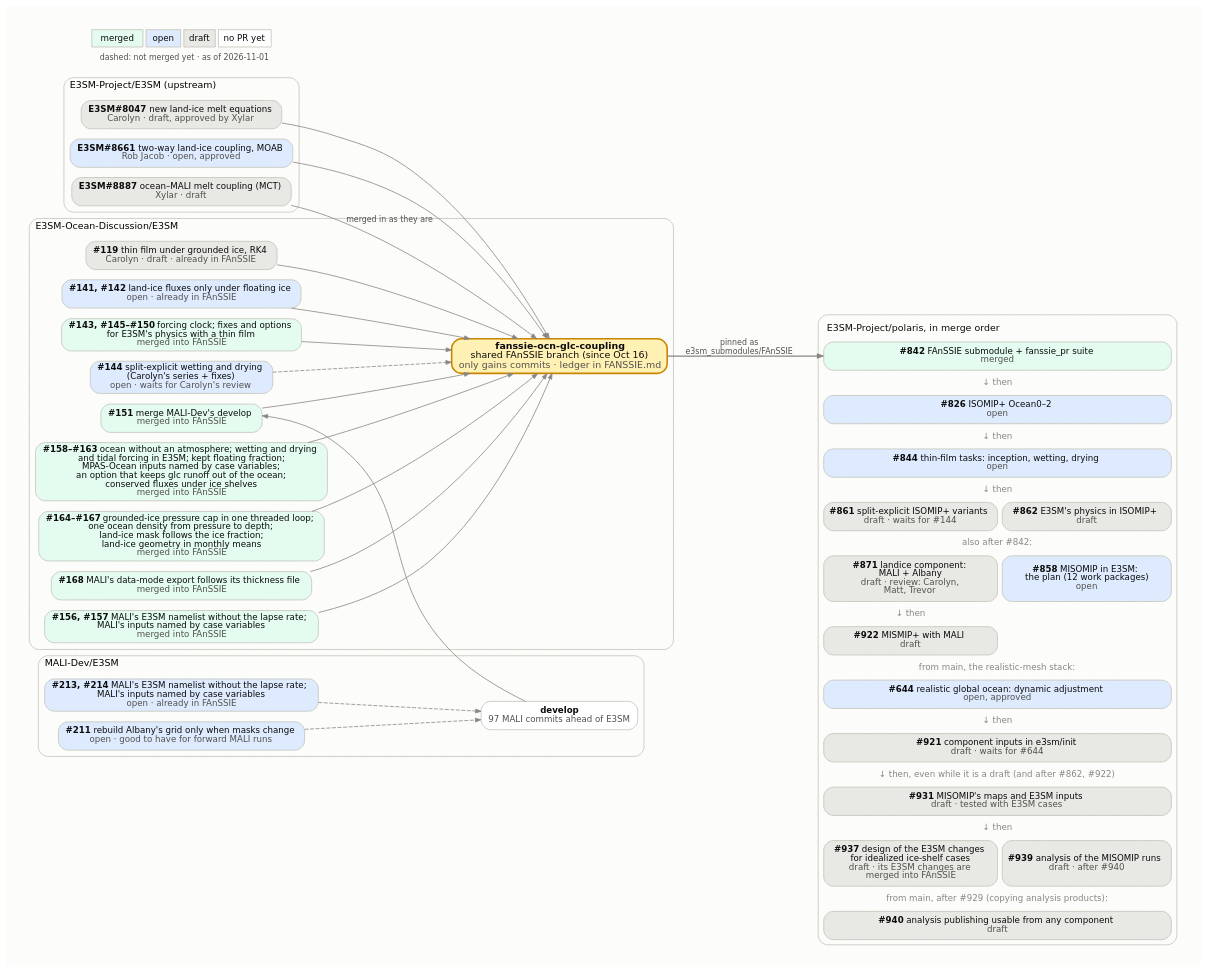
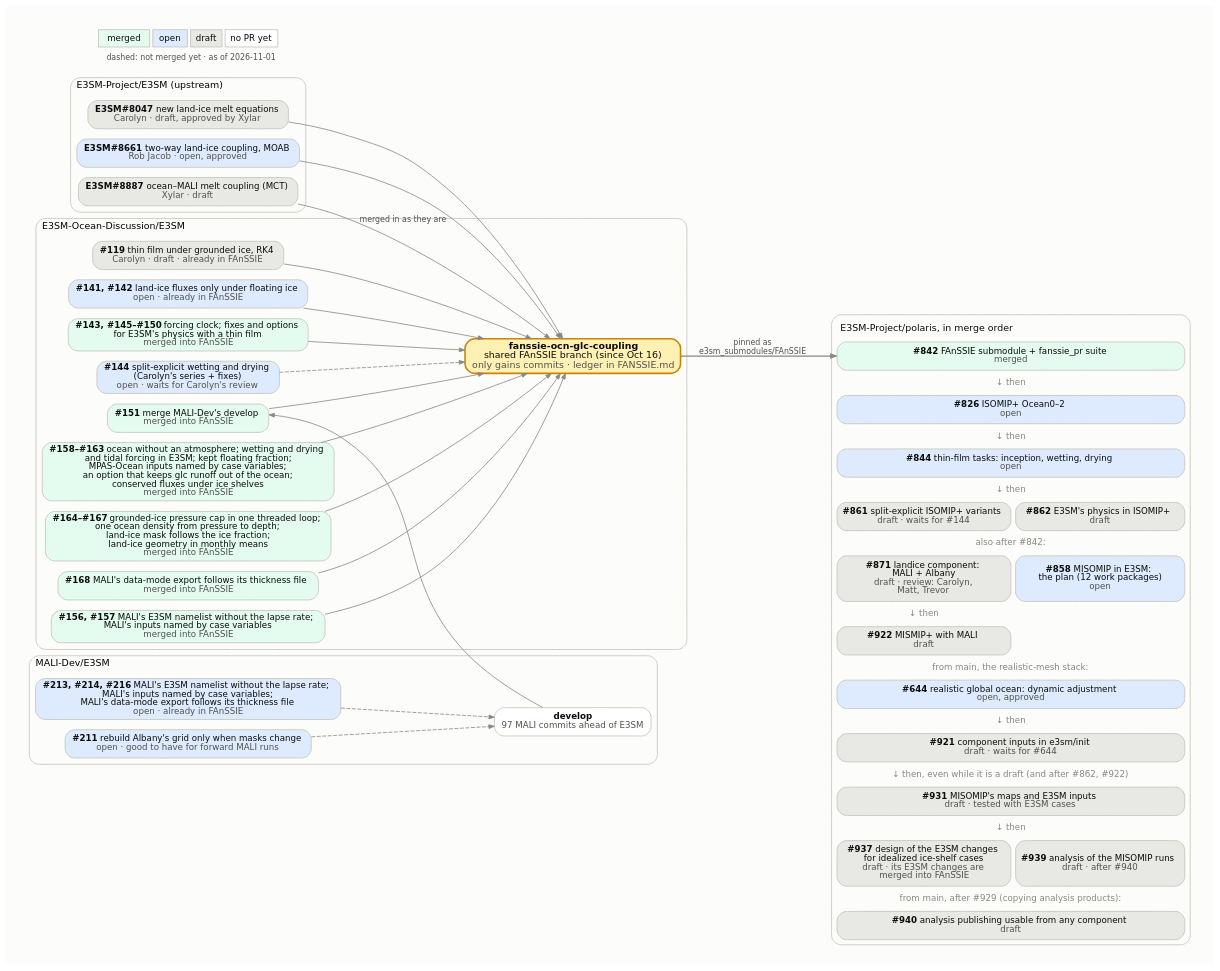
One commit to E3SM-Project/polaris changed the diagram in docs/design_docs/misomip/code_flow.dot. Above: the diagram before and after it, drawn with Graphviz. The commit also changed 1 other file, not shown here.

Commit message:
Show the upstream MALI data-mode pull request in the MISOMIP figures

```diff
--- a/docs/design_docs/misomip/code_flow.dot
+++ b/docs/design_docs/misomip/code_flow.dot
@@ -1,109 +1,109 @@
 // How the upstream E3SM PRs, the E3SM-Ocean-Discussion PRs, the
 // fanssie-ocn-glc-coupling branch and the Polaris PRs fit together.
 //
 // Regenerate with Graphviz 14 (Chrysalis's /usr/bin/dot 2.40 lays it out
 // wider), with the text drawn as paths so it looks the same everywhere:
 //
 //     pixi exec -s graphviz dot -Tsvg:cairo code_flow.dot -o code_flow.svg
 //
 // Fill by state: merged #e3fcef, open #deebff, draft #e8e8e4, no PR yet
 // #ffffff. Dashed edges into the FAnSSIE branch mark PRs not merged into it
 // yet. The Polaris side is one HTML-table node, in merge order, because
 // Graphviz would not keep separate boxes in that order. Update the date in
 // the legend.
 digraph fanssie {
   rankdir=LR;
   bgcolor="#fcfcfb";
   pad=0.3;
   nodesep=0.18;
   ranksep=0.7;
   fontname="DejaVu Sans";
   node [shape=box, style="rounded,filled", fontname="DejaVu Sans",
         fontsize=11, color="#c3c2b7", fontcolor="#0b0b0b", penwidth=1,
         margin="0.12,0.06"];
   edge [color="#898781", arrowsize=0.7, fontname="DejaVu Sans",
         fontsize=10, fontcolor="#52514e"];
 
   subgraph cluster_upstream {
     label="E3SM-Project/E3SM (upstream)";
     labeljust=l; fontsize=12; color="#c3c2b7"; style="rounded";
     e8047 [label=<<b>E3SM#8047</b>  new land-ice melt equations<br/><font color="#52514e">Carolyn · draft, approved by Xylar</font>>, fillcolor="#e8e8e4"];
     e8661 [label=<<b>E3SM#8661</b>  two-way land-ice coupling, MOAB<br/><font color="#52514e">Rob Jacob · open, approved</font>>, fillcolor="#deebff"];
     e8887 [label=<<b>E3SM#8887</b>  ocean–MALI melt coupling (MCT)<br/><font color="#52514e">Xylar · draft</font>>, fillcolor="#e8e8e4"];
   }
 
   subgraph cluster_malidev {
     label="MALI-Dev/E3SM";
     labeljust=l; fontsize=12; color="#c3c2b7"; style="rounded";
     malidev [label=<<b>develop</b><br/><font color="#52514e">97 MALI commits ahead of E3SM</font>>, fillcolor="#ffffff"];
-    m213 [label=<<b>#213, #214</b>  MALI's E3SM namelist without the lapse rate;<br/>MALI's inputs named by case variables<br/><font color="#52514e">open · already in FAnSSIE</font>>, fillcolor="#deebff"];
+    m213 [label=<<b>#213, #214, #216</b>  MALI's E3SM namelist without the lapse rate;<br/>MALI's inputs named by case variables;<br/>MALI's data-mode export follows its thickness file<br/><font color="#52514e">open · already in FAnSSIE</font>>, fillcolor="#deebff"];
     m211 [label=<<b>#211</b>  rebuild Albany's grid only when masks change<br/><font color="#52514e">open · good to have for forward MALI runs</font>>, fillcolor="#deebff"];
   }
 
   subgraph cluster_eod {
     label="E3SM-Ocean-Discussion/E3SM";
     labeljust=l; fontsize=12; color="#c3c2b7"; style="rounded";
     d119 [label=<<b>#119</b>  thin film under grounded ice, RK4<br/><font color="#52514e">Carolyn · draft · already in FAnSSIE</font>>, fillcolor="#e8e8e4"];
     d141 [label=<<b>#141, #142</b>  land-ice fluxes only under floating ice<br/><font color="#52514e">open · already in FAnSSIE</font>>, fillcolor="#deebff"];
     d143 [label=<<b>#143, #145–#150</b>  forcing clock; fixes and options<br/>for E3SM's physics with a thin film<br/><font color="#52514e">merged into FAnSSIE</font>>, fillcolor="#e3fcef"];
     d144 [label=<<b>#144</b>  split-explicit wetting and drying<br/>(Carolyn's series + fixes)<br/><font color="#52514e">open · waits for Carolyn's review</font>>, fillcolor="#deebff"];
     d151 [label=<<b>#151</b>  merge MALI-Dev's develop<br/><font color="#52514e">merged into FAnSSIE</font>>, fillcolor="#e3fcef"];
     d158 [label=<<b>#158–#163</b>  ocean without an atmosphere; wetting and drying<br/>and tidal forcing in E3SM; kept floating fraction;<br/>MPAS-Ocean inputs named by case variables;<br/>an option that keeps glc runoff out of the ocean;<br/>conserved fluxes under ice shelves<br/><font color="#52514e">merged into FAnSSIE</font>>, fillcolor="#e3fcef"];
     d164 [label=<<b>#164–#167</b>  grounded-ice pressure cap in one threaded loop;<br/>one ocean density from pressure to depth;<br/>land-ice mask follows the ice fraction;<br/>land-ice geometry in monthly means<br/><font color="#52514e">merged into FAnSSIE</font>>, fillcolor="#e3fcef"];
     d168 [label=<<b>#168</b>  MALI's data-mode export follows its thickness file<br/><font color="#52514e">merged into FAnSSIE</font>>, fillcolor="#e3fcef"];
     d156 [label=<<b>#156, #157</b>  MALI's E3SM namelist without the lapse rate;<br/>MALI's inputs named by case variables<br/><font color="#52514e">merged into FAnSSIE</font>>, fillcolor="#e3fcef"];
     fanssie [label=<<b>fanssie-ocn-glc-coupling</b><br/>shared FAnSSIE branch (since Oct 16)<br/><font color="#52514e">only gains commits · ledger in FANSSIE.md</font>>,
              fillcolor="#fff0b3", penwidth=2, color="#c98500", fontsize=12];
   }
 
   polaris [shape=plaintext, style="", label=<
     <table border="1" color="#c3c2b7" style="rounded" cellborder="1" cellspacing="6" cellpadding="4" bgcolor="#fcfcfb">
       <tr><td border="0" colspan="2" align="left"><font point-size="12">E3SM-Project/polaris, in merge order</font></td></tr>
       <tr><td port="p842" bgcolor="#e3fcef" colspan="2" style="rounded" cellpadding="6"><b>#842</b>  FAnSSIE submodule + fanssie_pr suite<br/><font color="#52514e">merged</font></td></tr>
       <tr><td border="0" colspan="2"><font color="#898781">↓ then</font></td></tr>
       <tr><td port="p826" bgcolor="#deebff" colspan="2" style="rounded" cellpadding="6"><b>#826</b>  ISOMIP+ Ocean0–2<br/><font color="#52514e">open</font></td></tr>
       <tr><td border="0" colspan="2"><font color="#898781">↓ then</font></td></tr>
       <tr><td port="p844" bgcolor="#deebff" colspan="2" style="rounded" cellpadding="6"><b>#844</b>  thin-film tasks: inception, wetting, drying<br/><font color="#52514e">open</font></td></tr>
       <tr><td border="0" colspan="2"><font color="#898781">↓ then</font></td></tr>
       <tr><td port="p861" bgcolor="#e8e8e4" colspan="1" style="rounded" cellpadding="6"><b>#861</b>  split-explicit ISOMIP+ variants<br/><font color="#52514e">draft · waits for #144</font></td><td port="p862" bgcolor="#e8e8e4" colspan="1" style="rounded" cellpadding="6"><b>#862</b>  E3SM's physics in ISOMIP+<br/><font color="#52514e">draft</font></td></tr>
       <tr><td border="0" colspan="2"><font color="#898781">also after #842:</font></td></tr>
       <tr><td port="p871" bgcolor="#e8e8e4" colspan="1" style="rounded" cellpadding="6"><b>#871</b>  landice component:<br/>MALI + Albany<br/><font color="#52514e">draft · review: Carolyn,<br/>Matt, Trevor</font></td><td port="p858" bgcolor="#deebff" colspan="1" style="rounded" cellpadding="6"><b>#858</b>  MISOMIP in E3SM:<br/>the plan (12 work packages)<br/><font color="#52514e">open</font></td></tr>
       <tr><td border="0" colspan="1"><font color="#898781">↓ then</font></td><td border="0" colspan="1"></td></tr>
       <tr><td port="p922" bgcolor="#e8e8e4" colspan="1" style="rounded" cellpadding="6"><b>#922</b>  MISMIP+ with MALI<br/><font color="#52514e">draft</font></td><td border="0" colspan="1"></td></tr>
       <tr><td border="0" colspan="2"><font color="#898781">from main, the realistic-mesh stack:</font></td></tr>
       <tr><td port="p644" bgcolor="#deebff" colspan="2" style="rounded" cellpadding="6"><b>#644</b>  realistic global ocean: dynamic adjustment<br/><font color="#52514e">open, approved</font></td></tr>
       <tr><td border="0" colspan="2"><font color="#898781">↓ then</font></td></tr>
       <tr><td port="p921" bgcolor="#e8e8e4" colspan="2" style="rounded" cellpadding="6"><b>#921</b>  component inputs in e3sm/init<br/><font color="#52514e">draft · waits for #644</font></td></tr>
       <tr><td border="0" colspan="2"><font color="#898781">↓ then, even while it is a draft (and after #862, #922)</font></td></tr>
       <tr><td port="pwp56" bgcolor="#e8e8e4" colspan="2" style="rounded" cellpadding="6"><b>#931</b>  MISOMIP's maps and E3SM inputs<br/><font color="#52514e">draft · tested with E3SM cases</font></td></tr>
       <tr><td border="0" colspan="2"><font color="#898781">↓ then</font></td></tr>
       <tr><td port="pwp7" bgcolor="#e8e8e4" colspan="1" style="rounded" cellpadding="6"><b>#937</b>  design of the E3SM changes<br/>for idealized ice-shelf cases<br/><font color="#52514e">draft · its E3SM changes are<br/>merged into FAnSSIE</font></td><td port="pwp9" bgcolor="#e8e8e4" colspan="1" style="rounded" cellpadding="6"><b>#939</b>  analysis of the MISOMIP runs<br/><font color="#52514e">draft · after #940</font></td></tr>
       <tr><td border="0" colspan="2"><font color="#898781">from main, after #929 (copying analysis products):</font></td></tr>
       <tr><td port="p940" bgcolor="#e8e8e4" colspan="2" style="rounded" cellpadding="6"><b>#940</b>  analysis publishing usable from any component<br/><font color="#52514e">draft</font></td></tr>
     </table>>];
 
   e8047 -> fanssie;
   e8661 -> fanssie;
   e8887 -> fanssie [label="merged in as they are"];
   d119 -> fanssie;
   d141 -> fanssie;
   d143 -> fanssie;
   d144 -> fanssie [style=dashed];
   m211 -> malidev [style=dashed];
   m213 -> malidev [style=dashed];
   d156 -> fanssie;
   d158 -> fanssie;
   d164 -> fanssie;
   d168 -> fanssie;
   malidev -> d151 [constraint=false];
   d151 -> fanssie;
 
   fanssie -> polaris:p842 [label="pinned as
 e3sm_submodules/FAnSSIE", penwidth=1.5];
 
   legend [shape=plaintext, style="", label=<
     <table border="0" cellborder="1" cellspacing="4" cellpadding="4" color="#c3c2b7">
       <tr><td bgcolor="#e3fcef">merged</td><td bgcolor="#deebff">open</td><td bgcolor="#e8e8e4">draft</td><td bgcolor="#ffffff">no PR yet</td></tr>
       <tr><td colspan="4" border="0"><font point-size="10" color="#52514e">dashed: not merged yet · as of 2026-11-01</font></td></tr>
     </table>>];
 }
```
